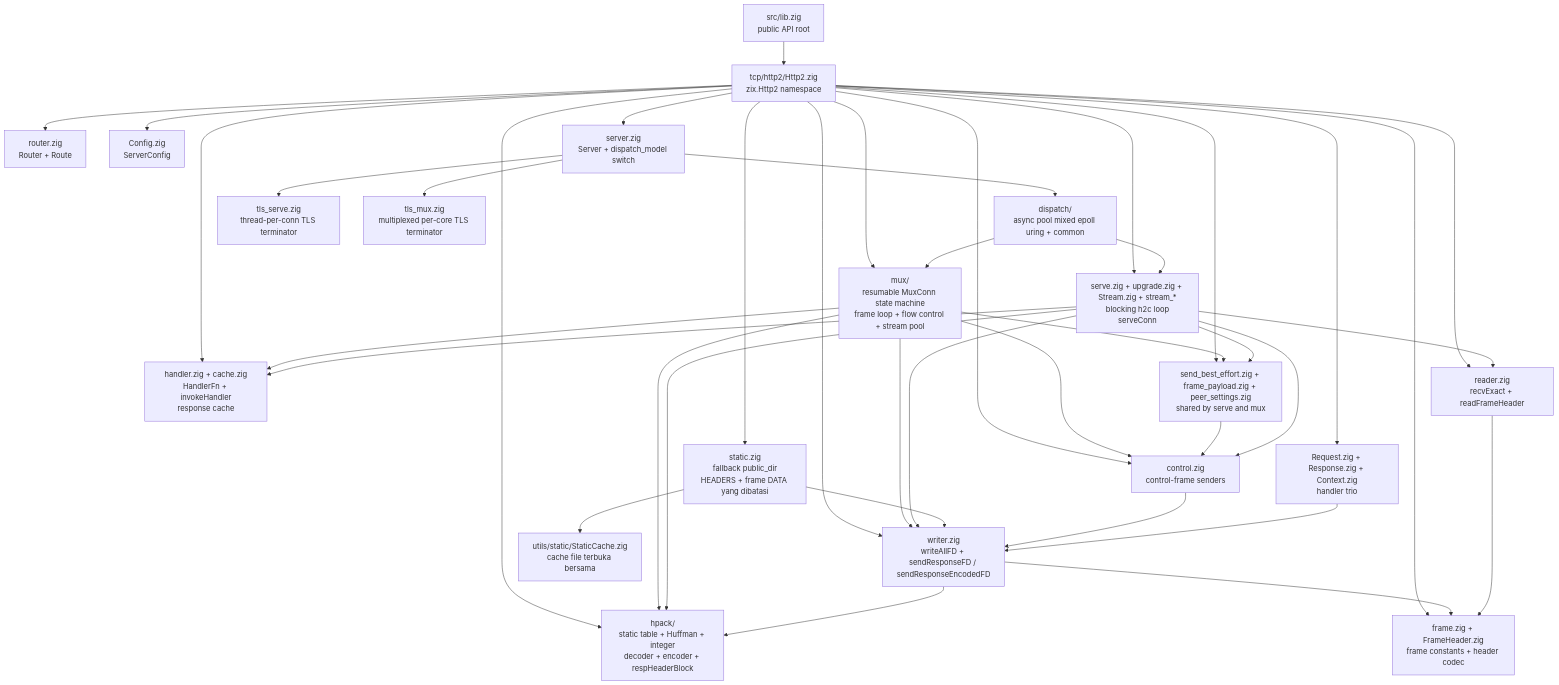
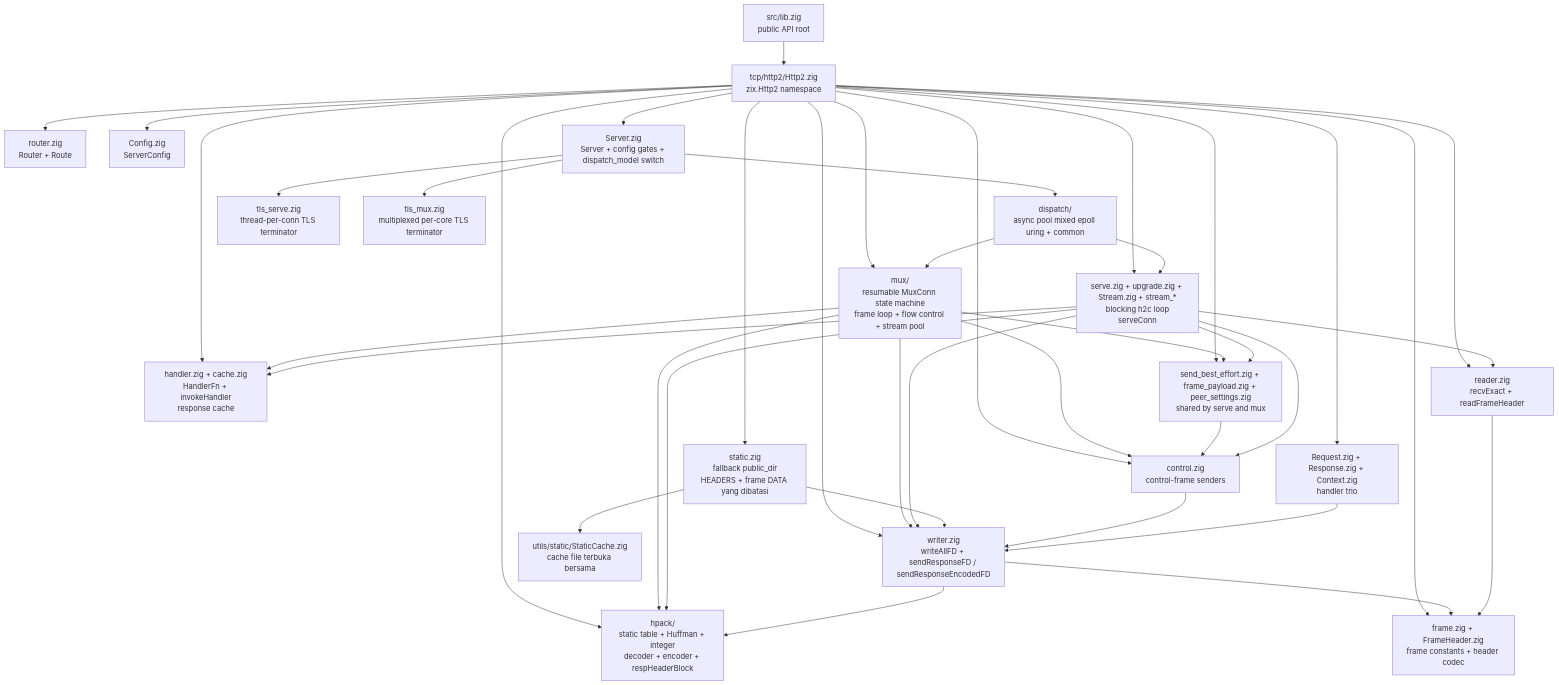
The third of 5 diagrams in docs/hld-http2-id.md (prothegee/zix), drawn with Mermaid before and after one commit. The commit also changed other lines of this file, not shown here.

First line of the commit message:
update the HTTP/2 hld for the server

````diff
--- a/docs/hld-http2-id.md
+++ b/docs/hld-http2-id.md
@@ -91,45 +95,45 @@
 ```mermaid
 graph TD
     zix["src/lib.zig\npublic API root"] --> Http2["tcp/http2/Http2.zig\nzix.Http2 namespace"]
 
     Http2 --> core["serve.zig + upgrade.zig + Stream.zig + stream_*\nblocking h2c loop\nserveConn"]
     Http2 --> handler["handler.zig + cache.zig\nHandlerFn + invokeHandler\nresponse cache"]
     Http2 --> router["router.zig\nRouter + Route"]
     Http2 --> mux["mux/\nresumable MuxConn state machine\nframe loop + flow control + stream pool"]
     Http2 --> shared["send_best_effort.zig + frame_payload.zig + peer_settings.zig\nshared by serve and mux"]
     Http2 --> frame["frame.zig + FrameHeader.zig\nframe constants + header codec"]
     Http2 --> writer["writer.zig\nwriteAllFD + sendResponseFD / sendResponseEncodedFD"]
     Http2 --> reader["reader.zig\nrecvExact + readFrameHeader"]
     Http2 --> control["control.zig\ncontrol-frame senders"]
     Http2 --> hpack["hpack/\nstatic table + Huffman + integer\ndecoder + encoder + respHeaderBlock"]
     Http2 --> config["Config.zig\nServerConfig"]
     Http2 --> types["Request.zig + Response.zig + Context.zig\nhandler trio"]
-    Http2 --> server["server.zig\nServer + dispatch_model switch"]
+    Http2 --> server["Server.zig\nServer + config gates + dispatch_model switch"]
     Http2 --> static["static.zig\nfallback public_dir\nHEADERS + frame DATA yang dibatasi"]
 
     server --> dispatch["dispatch/\nasync pool mixed epoll uring + common"]
     server --> tls_serve["tls_serve.zig\nthread-per-conn TLS terminator"]
     server --> tls_mux["tls_mux.zig\nmultiplexed per-core TLS terminator"]
 
     dispatch --> core
     dispatch --> mux
     mux --> writer
     mux --> control
     mux --> hpack
     mux --> handler
     mux --> shared
     core --> shared
     shared --> control
     core --> reader
     core --> writer
     core --> control
     core --> hpack
     core --> handler
     static --> writer
     writer --> frame
     writer --> hpack
     reader --> frame
     control --> writer
     types --> writer
     static --> static_cache["utils/static/StaticCache.zig\ncache file terbuka bersama"]
 ```
````
